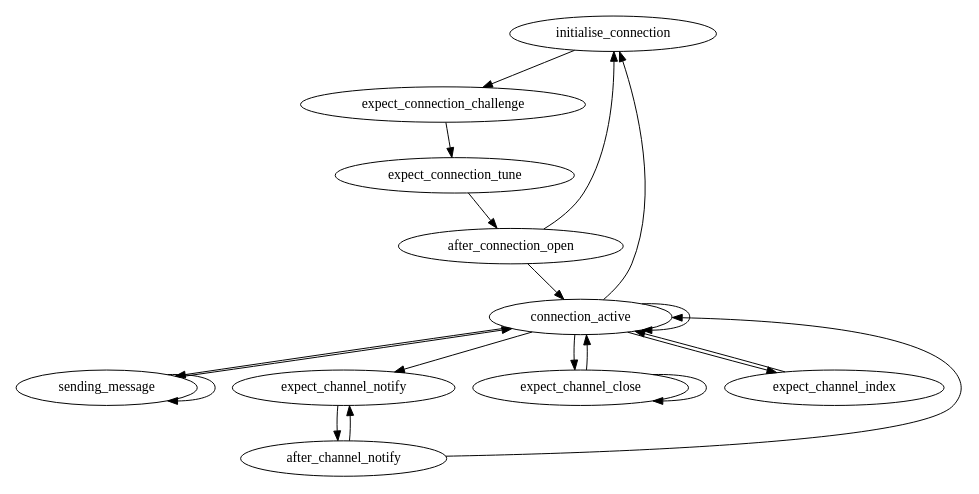
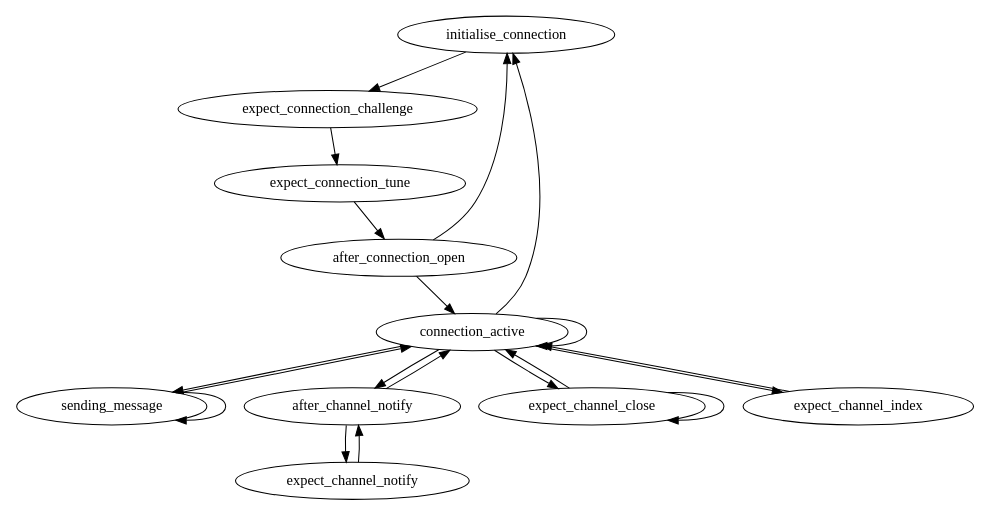
Before and after one commit to imatix/openamq: the diagram in doc/amq_sclient_agent.dot, drawn with Graphviz. The commit also changed 5 other files, not shown here.

```diff
--- a/doc/amq_sclient_agent.dot
+++ b/doc/amq_sclient_agent.dot
@@ -1,24 +1,24 @@
 digraph {
    size = "8,8";
     subgraph client {
         initialise_connection -> expect_connection_challenge;
         expect_connection_challenge -> expect_connection_tune;
         expect_connection_tune -> after_connection_open;
         after_connection_open -> connection_active;
         after_connection_open -> initialise_connection;
         connection_active -> connection_active;
-        connection_active -> initialise_connection;
         connection_active -> sending_message;
-        connection_active -> expect_channel_notify;
+        connection_active -> after_channel_notify;
         connection_active -> expect_channel_close;
         connection_active -> expect_channel_index;
-        expect_channel_notify -> after_channel_notify;
+        connection_active -> initialise_connection;
         after_channel_notify -> expect_channel_notify;
         after_channel_notify -> connection_active;
+        expect_channel_notify -> after_channel_notify;
         expect_channel_close -> expect_channel_close;
         expect_channel_close -> connection_active;
         expect_channel_index -> connection_active;
         sending_message -> sending_message;
         sending_message -> connection_active;
     }
 }
```
